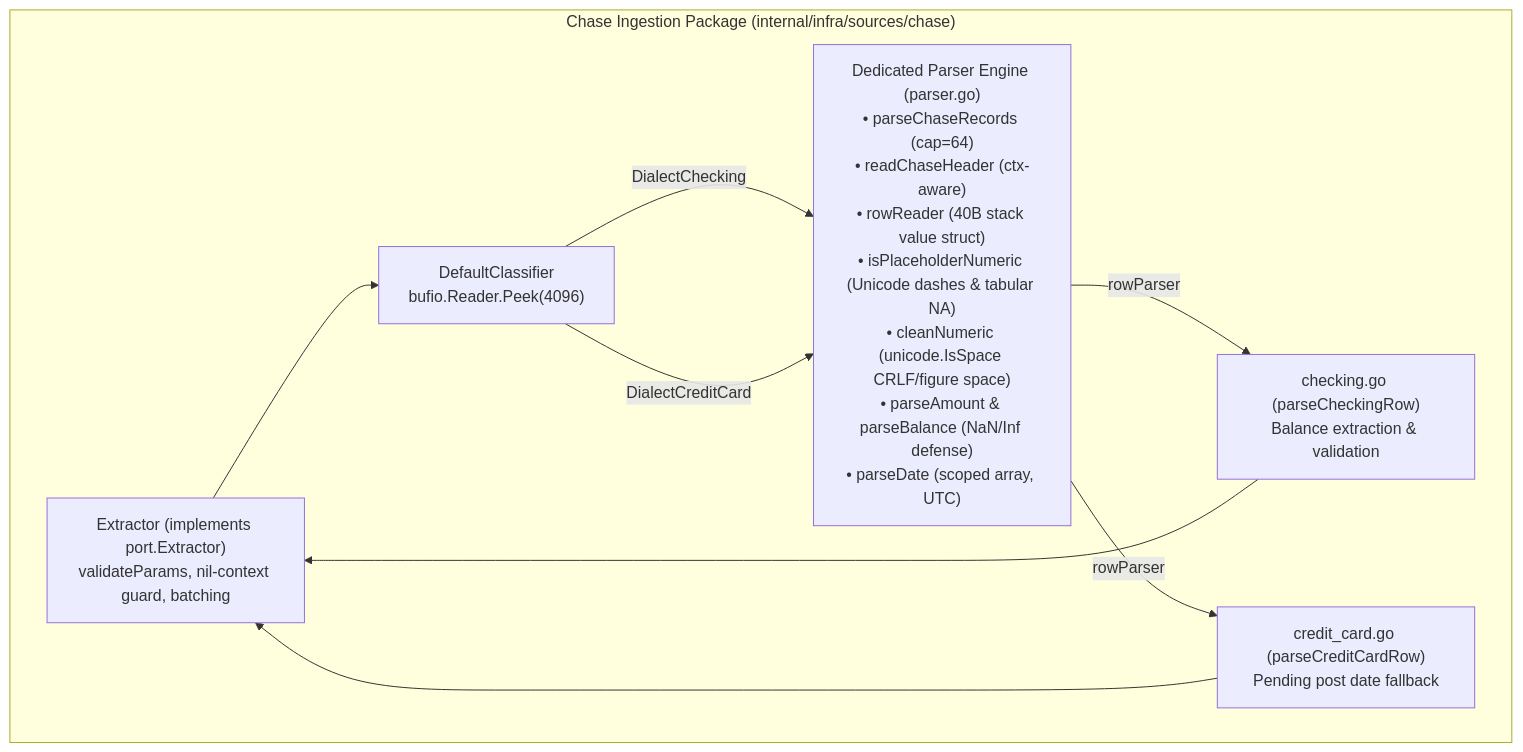
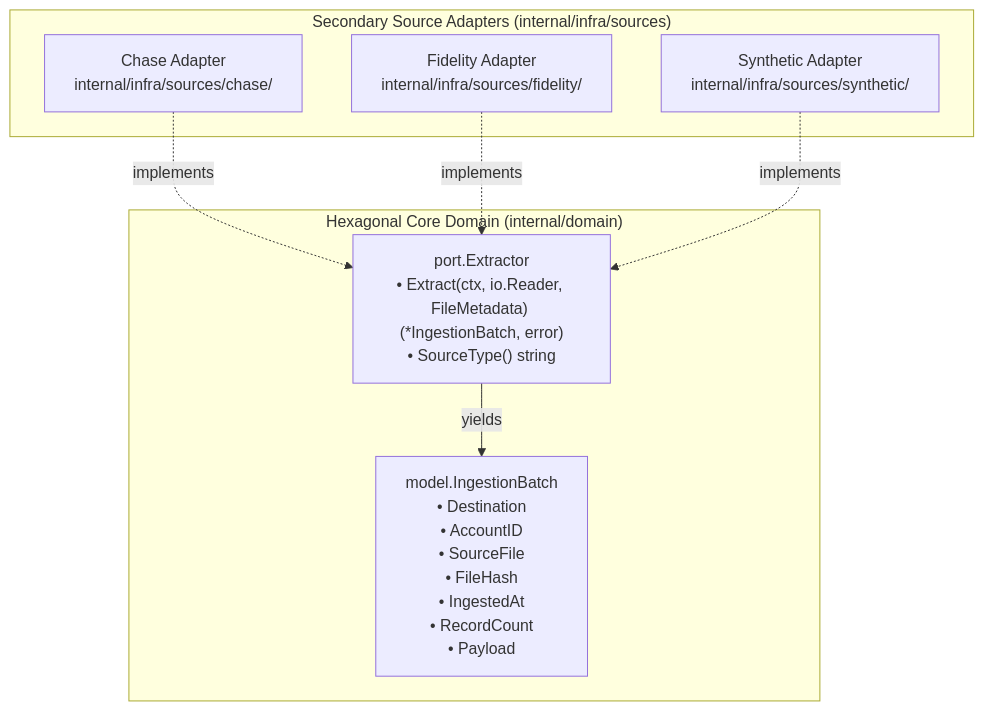
The first of 2 diagrams in docs/specs/hexagonal-ingestion-adapters.md (ajponte/babylon_data_loader), drawn with Mermaid before and after one commit. The commit also changed other lines of this file and 7 other files, not shown here.

````diff
--- a/docs/specs/hexagonal-ingestion-adapters.md
+++ b/docs/specs/hexagonal-ingestion-adapters.md
@@ -160,18 +15,18 @@
 ```mermaid
 flowchart TD
-    subgraph ChasePkg ["Chase Ingestion Package (internal/infra/sources/chase)"]
-        EXT["Extractor (implements port.Extractor)<br/>validateParams, nil-context guard, batching"]
-        CLS["DefaultClassifier<br/>bufio.Reader.Peek(4096)"]
-        PRS["Dedicated Parser Engine (parser.go)<br/>• parseChaseRecords (cap=64)<br/>• readChaseHeader (ctx-aware)<br/>• rowReader (40B stack value struct)<br/>• isPlaceholderNumeric (Unicode dashes & tabular NA)<br/>• cleanNumeric (unicode.IsSpace CRLF/figure space)<br/>• parseAmount & parseBalance (NaN/Inf defense)<br/>• parseDate (scoped array, UTC)"]
-        CHK["checking.go (parseCheckingRow)<br/>Balance extraction & validation"]
-        CC["credit_card.go (parseCreditCardRow)<br/>Pending post date fallback"]
+    subgraph CoreDomain ["Hexagonal Core Domain (internal/domain)"]
+        PORT["port.Extractor<br/>• Extract(ctx, io.Reader, FileMetadata) (*IngestionBatch, error)<br/>• SourceType() string"]
+        BATCH["model.IngestionBatch<br/>• Destination<br/>• AccountID<br/>• SourceFile<br/>• FileHash<br/>• IngestedAt<br/>• RecordCount<br/>• Payload"]
     end
 
-    EXT --> CLS
-    CLS -->|DialectChecking| PRS
-    CLS -->|DialectCreditCard| PRS
-    PRS -->|rowParser| CHK
-    PRS -->|rowParser| CC
-    CHK --> EXT
-    CC --> EXT
+    subgraph SecondaryAdapters ["Secondary Source Adapters (internal/infra/sources)"]
+        CHASE["Chase Adapter<br/>internal/infra/sources/chase/"]
+        FIDELITY["Fidelity Adapter<br/>internal/infra/sources/fidelity/"]
+        SYNTHETIC["Synthetic Adapter<br/>internal/infra/sources/synthetic/"]
+    end
+
+    CHASE -.->|implements| PORT
+    FIDELITY -.->|implements| PORT
+    SYNTHETIC -.->|implements| PORT
+    PORT -->|yields| BATCH
 ```
````
